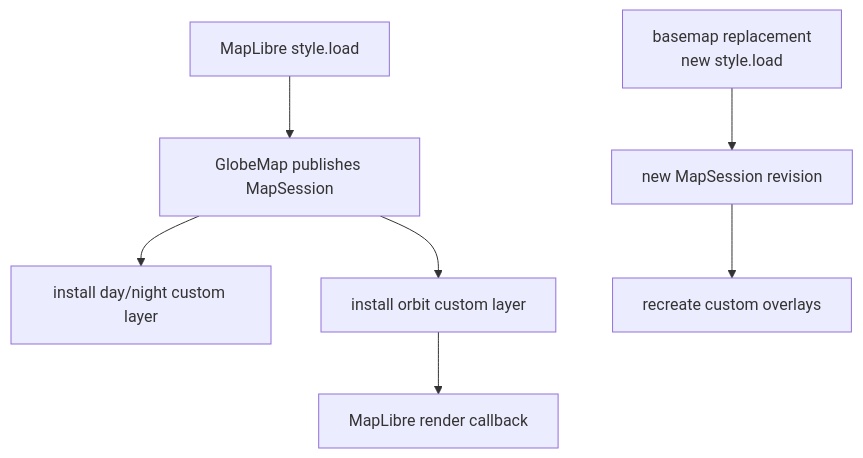
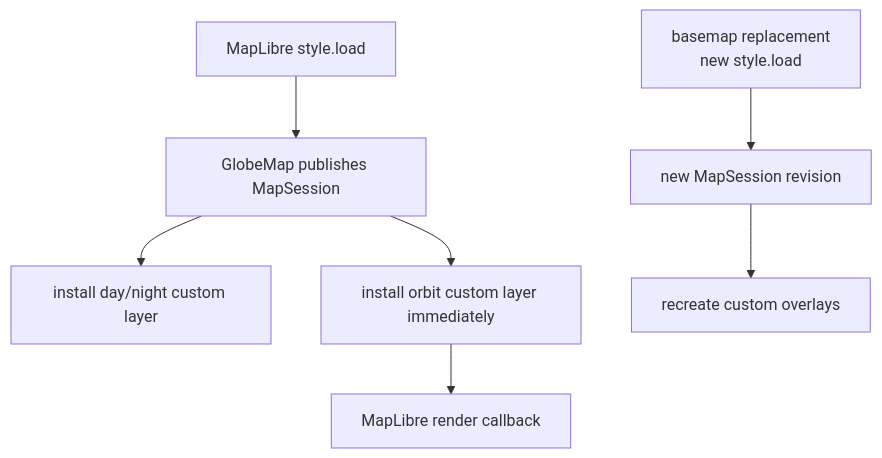
Before and after one commit to ExoSpaceLabs/world-sat-monitor: the third of 4 diagrams in docs/orbit-display.md, drawn with Mermaid. The commit also changed other lines of this file, not shown here.

Commit message:
docs(world-sat-monitor): clarify orbit install diagnosis

````diff
--- a/docs/orbit-display.md
+++ b/docs/orbit-display.md
@@ -55,9 +55,9 @@
 ```mermaid
 flowchart TD
     STYLE[MapLibre style.load] --> SESSION[GlobeMap publishes MapSession]
     SESSION --> SHADOW[install day/night custom layer]
-    SESSION --> ORBIT[install orbit custom layer]
+    SESSION --> ORBIT[install orbit custom layer immediately]
     ORBIT --> DRAW[MapLibre render callback]
     STYLE2[basemap replacement<br/>new style.load] --> SESSION2[new MapSession revision]
     SESSION2 --> RECREATE[recreate custom overlays]
 ```
````
